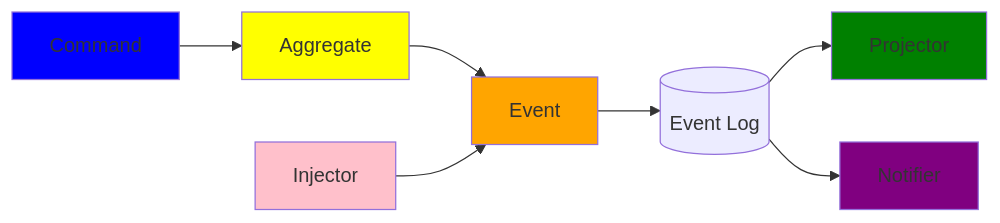
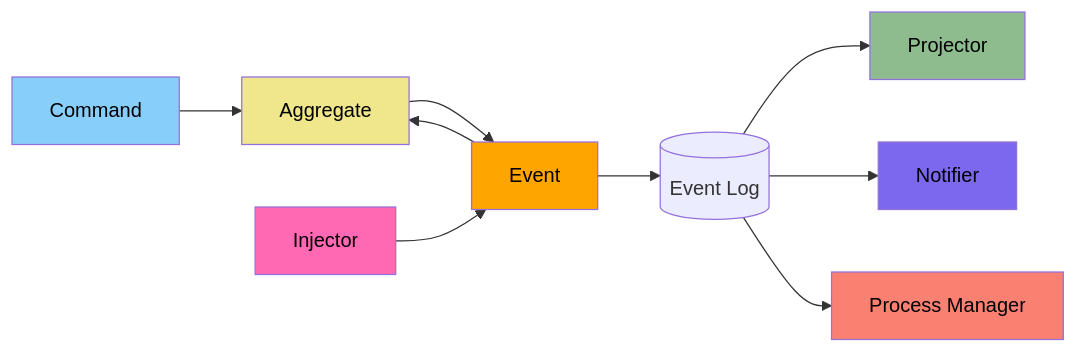
Before and after one commit to grierson/grierson: the diagram in event-sourcing.md, drawn with Mermaid. The commit also changed other lines of this file, not shown here.

Commit message:
Event sourcing WIP

````diff
--- a/event-sourcing.md
+++ b/event-sourcing.md
@@ -63,15 +36,18 @@
 ```mermaid
 flowchart LR
-    style Command fill:blue
-    style Aggregate fill:yellow
-    style Event fill:orange
-    style Projector fill:green
-    style Injector fill:pink
-    style Notifier fill:purple
+    style Command fill:LightSkyBlue,color:black
+    style Aggregate fill:Khaki,color:black
+    style Event fill:Orange,color:black
+    style Projector fill:DarkSeaGreen,color:black
+    style Injector fill:HotPink,color:black
+    style Notifier fill:MediumSlateBlue,color:black
+    style Saga fill:Salmon,color:black
     Command --> Aggregate
     Aggregate --> Event
+    Event --> Aggregate
     Injector --> Event
     Event --> Events[(Event Log)]
     Events --> Projector
     Events --> Notifier
+    Events --> Saga[Process Manager]
 ```
````
